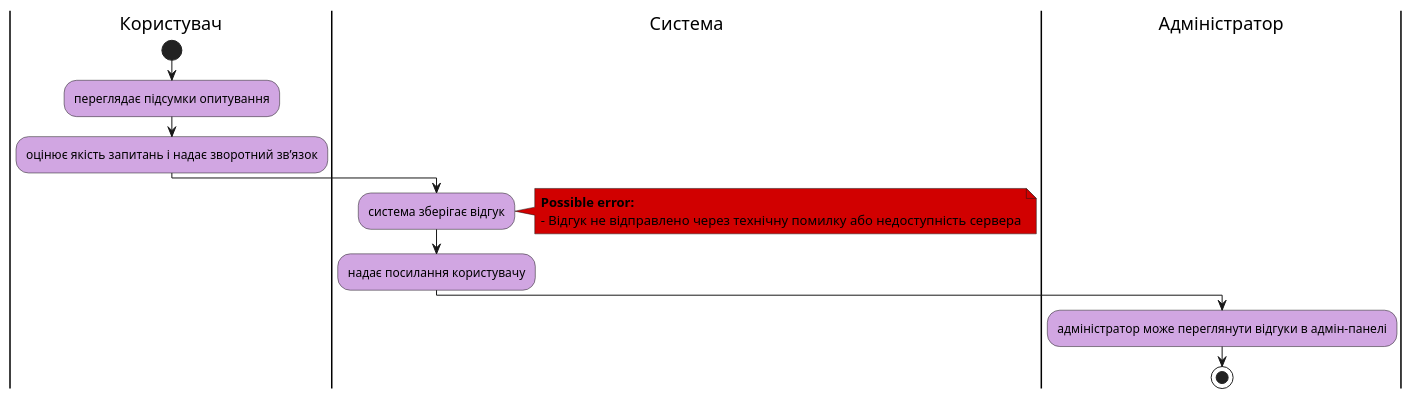
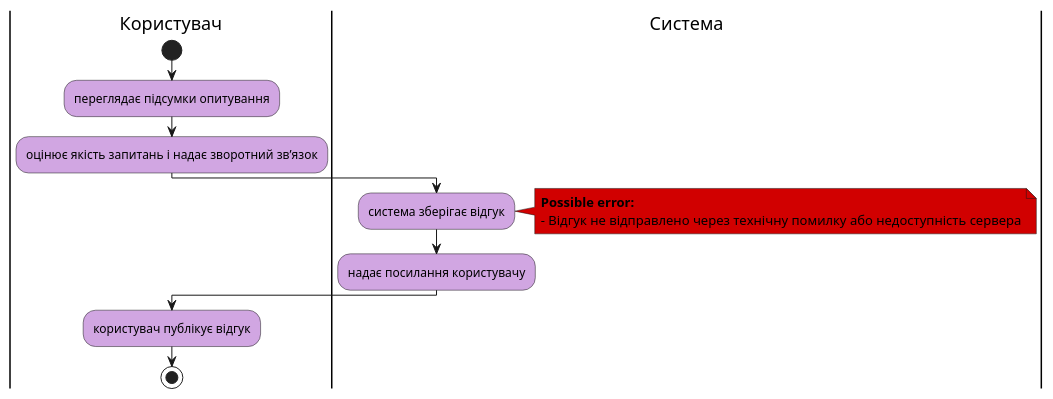
One commit to sunnytea0/db_labs_my changed the fifth of 8 diagrams in docs/use cases/README.md. Above: the diagram before and after it, drawn with PlantUML. The commit also changed other lines of this file and 1 other file, not shown here.

```diff
--- a/docs/use cases/README.md
+++ b/docs/use cases/README.md
@@ -186,24 +185,24 @@
 @startuml
 
     skinparam ActivityBackgroundColor #d1a6e2
 
     |Користувач|
     start;
     :переглядає підсумки опитування;
     :оцінює якість запитань і надає зворотний зв’язок;
 
     |Система|
     :система зберігає відгук;
     note right #D10000
     <b>Possible error:
     - Відгук не відправлено через технічну помилку або недоступність сервера
     end note
 
     :надає посилання користувачу;
 
-    |Адміністратор|
-    :адміністратор може переглянути відгуки в адмін-панелі;
+    |Користувач|
+    :користувач публікує відгук;
 
     stop;
 
 @enduml
```
